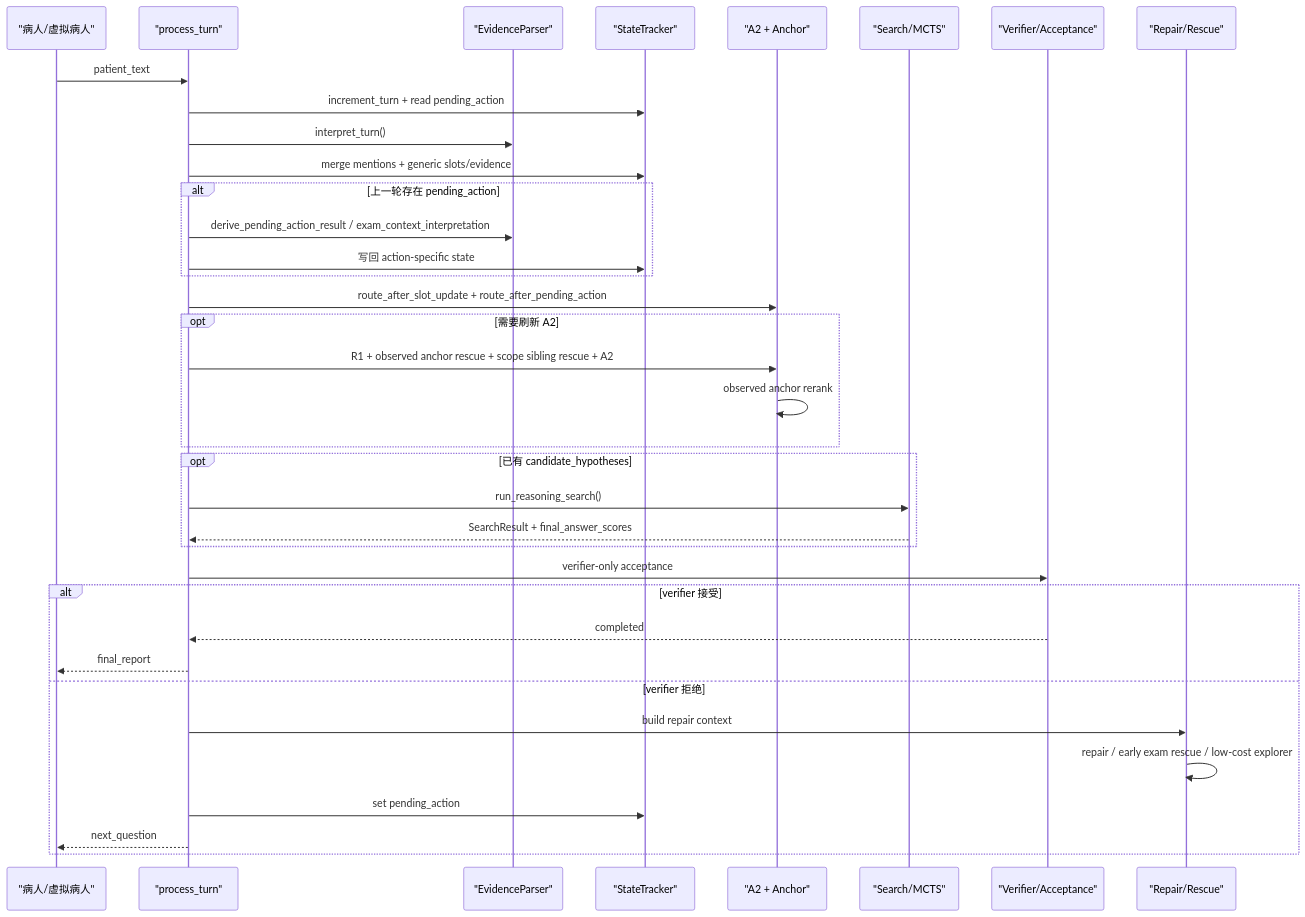
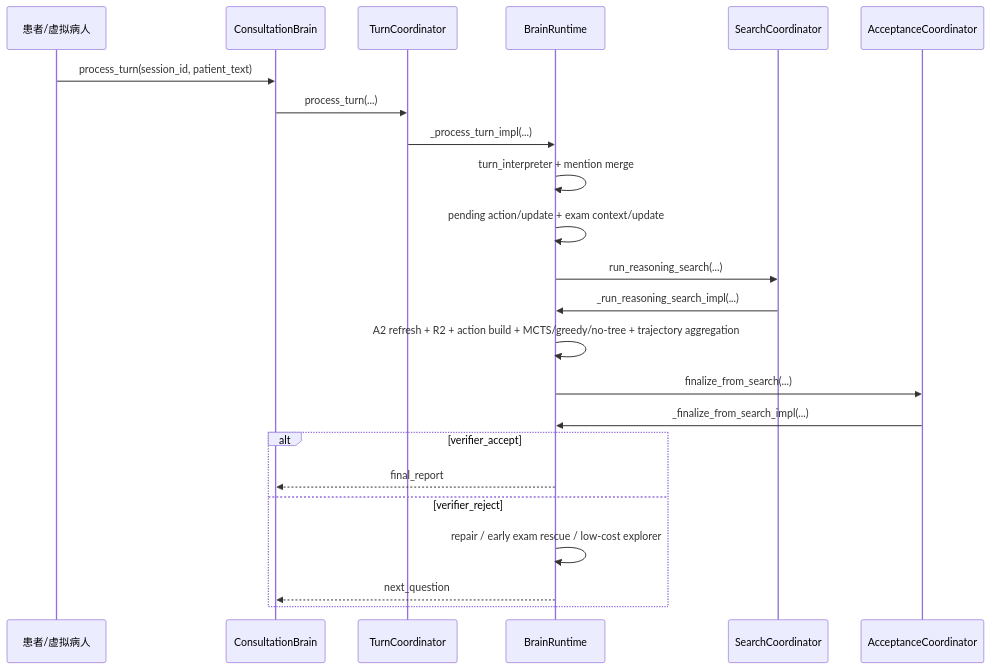
One commit to maken-jhd/medical-inquiry-system changed the diagram in docs/brain_runtime_call_chain_guide.md. Above: the diagram before and after it, drawn with Mermaid. The commit also changed other lines of this file and 126 other files, not shown here.

````diff
--- a/docs/brain_runtime_call_chain_guide.md
+++ b/docs/brain_runtime_call_chain_guide.md
@@ -221,39 +72,26 @@
 ```mermaid
 sequenceDiagram
-    participant U as "病人/虚拟病人"
-    participant B as "process_turn"
-    participant E as "EvidenceParser"
-    participant S as "StateTracker"
-    participant H as "A2 + Anchor"
-    participant T as "Search/MCTS"
-    participant V as "Verifier/Acceptance"
-    participant R as "Repair/Rescue"
+    participant U as 患者/虚拟病人
+    participant F as ConsultationBrain
+    participant T as TurnCoordinator
+    participant R as BrainRuntime
+    participant S as SearchCoordinator
+    participant V as AcceptanceCoordinator
 
-    U->>B: patient_text
-    B->>S: increment_turn + read pending_action
-    B->>E: interpret_turn()
-    B->>S: merge mentions + generic slots/evidence
-    alt 上一轮存在 pending_action
-        B->>E: derive_pending_action_result / exam_context_interpretation
-        B->>S: 写回 action-specific state
-    end
-    B->>H: route_after_slot_update + route_after_pending_action
-    opt 需要刷新 A2
-        B->>H: R1 + observed anchor rescue + scope sibling rescue + A2
-        H->>H: observed anchor rerank
-    end
-    opt 已有 candidate_hypotheses
-        B->>T: run_reasoning_search()
-        T-->>B: SearchResult + final_answer_scores
-    end
-    B->>V: verifier-only acceptance
-    alt verifier 接受
-        V-->>B: completed
-        B-->>U: final_report
-    else verifier 拒绝
-        B->>R: build repair context
+    U->>F: process_turn(session_id, patient_text)
+    F->>T: process_turn(...)
+    T->>R: _process_turn_impl(...)
+    R->>R: turn_interpreter + mention merge
+    R->>R: pending action/update + exam context/update
+    R->>S: run_reasoning_search(...)
+    S->>R: _run_reasoning_search_impl(...)
+    R->>R: A2 refresh + R2 + action build + MCTS/greedy/no-tree + trajectory aggregation
+    R->>V: finalize_from_search(...)
+    V->>R: _finalize_from_search_impl(...)
+    alt verifier_accept
+        R-->>F: final_report
+    else verifier_reject
         R->>R: repair / early exam rescue / low-cost explorer
-        B->>S: set pending_action
-        B-->>U: next_question
+        R-->>F: next_question
     end
 ```
````
